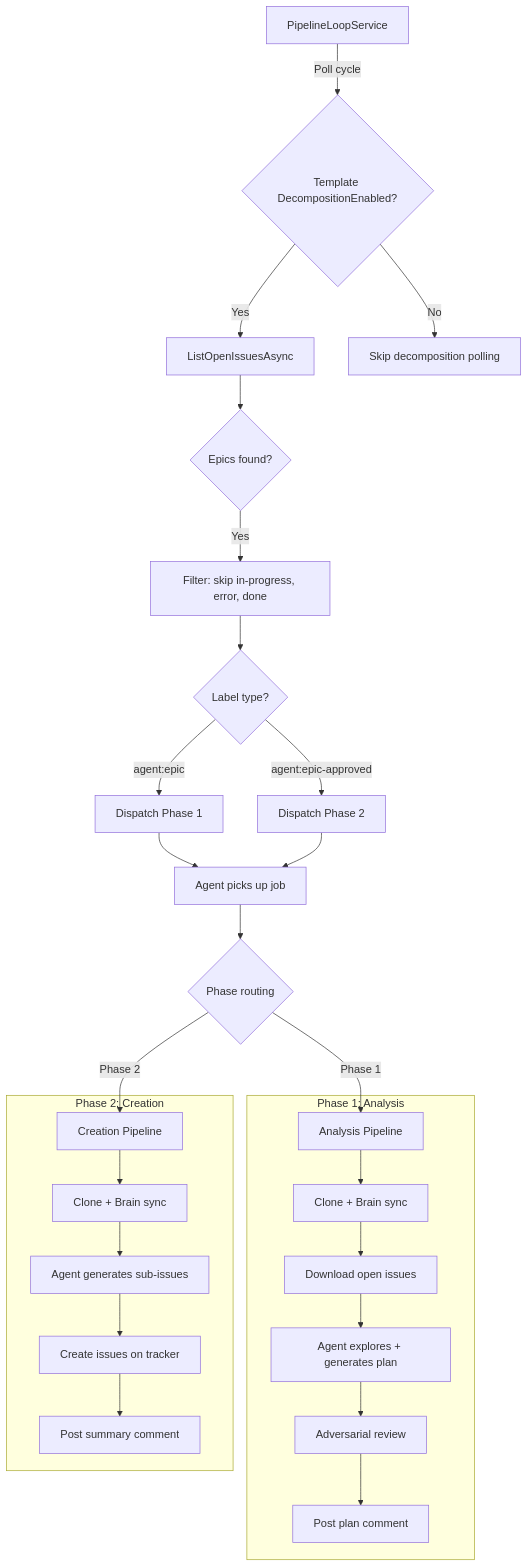
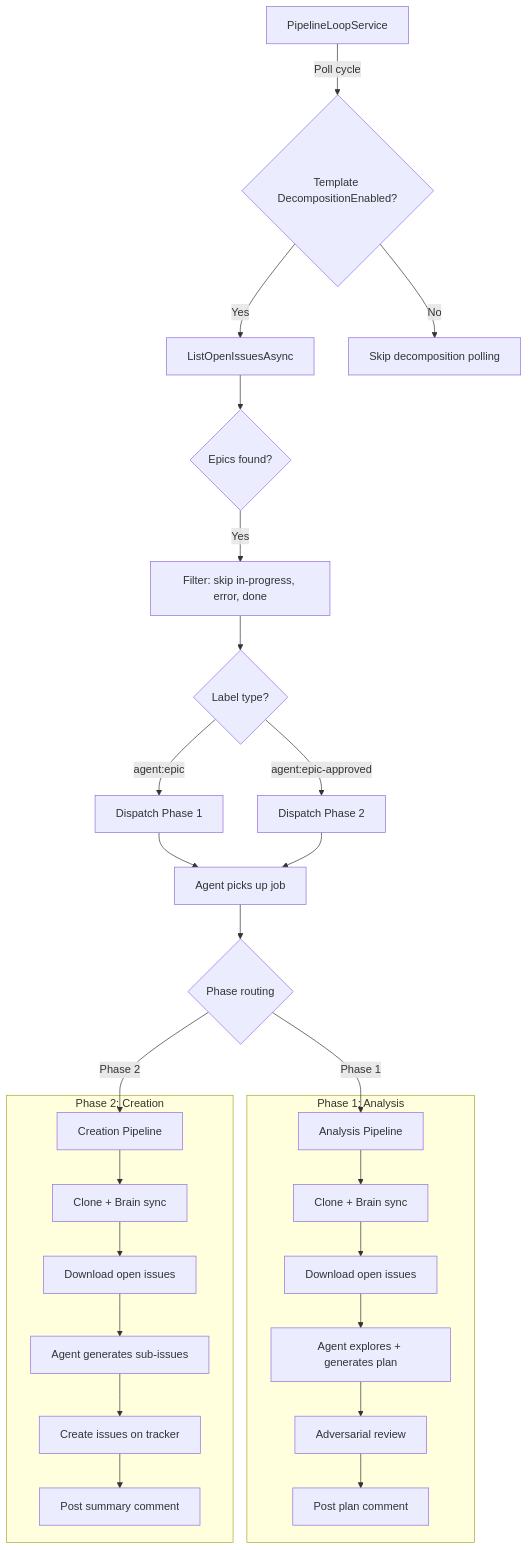
One commit to Chemsorly/coding-agent-automation changed the eighth of 9 diagrams in docs/pipeline-orchestration.md. Above: the diagram before and after it, drawn with Mermaid. The commit also changed other lines of this file, not shown here.

````diff
--- a/docs/pipeline-orchestration.md
+++ b/docs/pipeline-orchestration.md
@@ -585,31 +590,32 @@
 ```mermaid
 flowchart TD
     A[PipelineLoopService] -->|Poll cycle| B{Template DecompositionEnabled?}
     B -->|Yes| C[ListOpenIssuesAsync]
     B -->|No| D[Skip decomposition polling]
     C --> E{Epics found?}
     E -->|Yes| F[Filter: skip in-progress, error, done]
     F --> G{Label type?}
     G -->|agent:epic| H[Dispatch Phase 1]
     G -->|agent:epic-approved| I[Dispatch Phase 2]
     H --> J[Agent picks up job]
     I --> J
     J --> K{Phase routing}
     K -->|Phase 1| L[Analysis Pipeline]
     K -->|Phase 2| M[Creation Pipeline]
 
     subgraph "Phase 1: Analysis"
         L --> P1S1[Clone + Brain sync]
         P1S1 --> P1S2[Download open issues]
         P1S2 --> P1S3[Agent explores + generates plan]
         P1S3 --> P1S4[Adversarial review]
         P1S4 --> P1S5[Post plan comment]
     end
 
     subgraph "Phase 2: Creation"
         M --> P2S1[Clone + Brain sync]
-        P2S1 --> P2S2[Agent generates sub-issues]
+        P2S1 --> P2S1b[Download open issues]
+        P2S1b --> P2S2[Agent generates sub-issues]
         P2S2 --> P2S3[Create issues on tracker]
         P2S3 --> P2S4[Post summary comment]
     end
 ```
````
